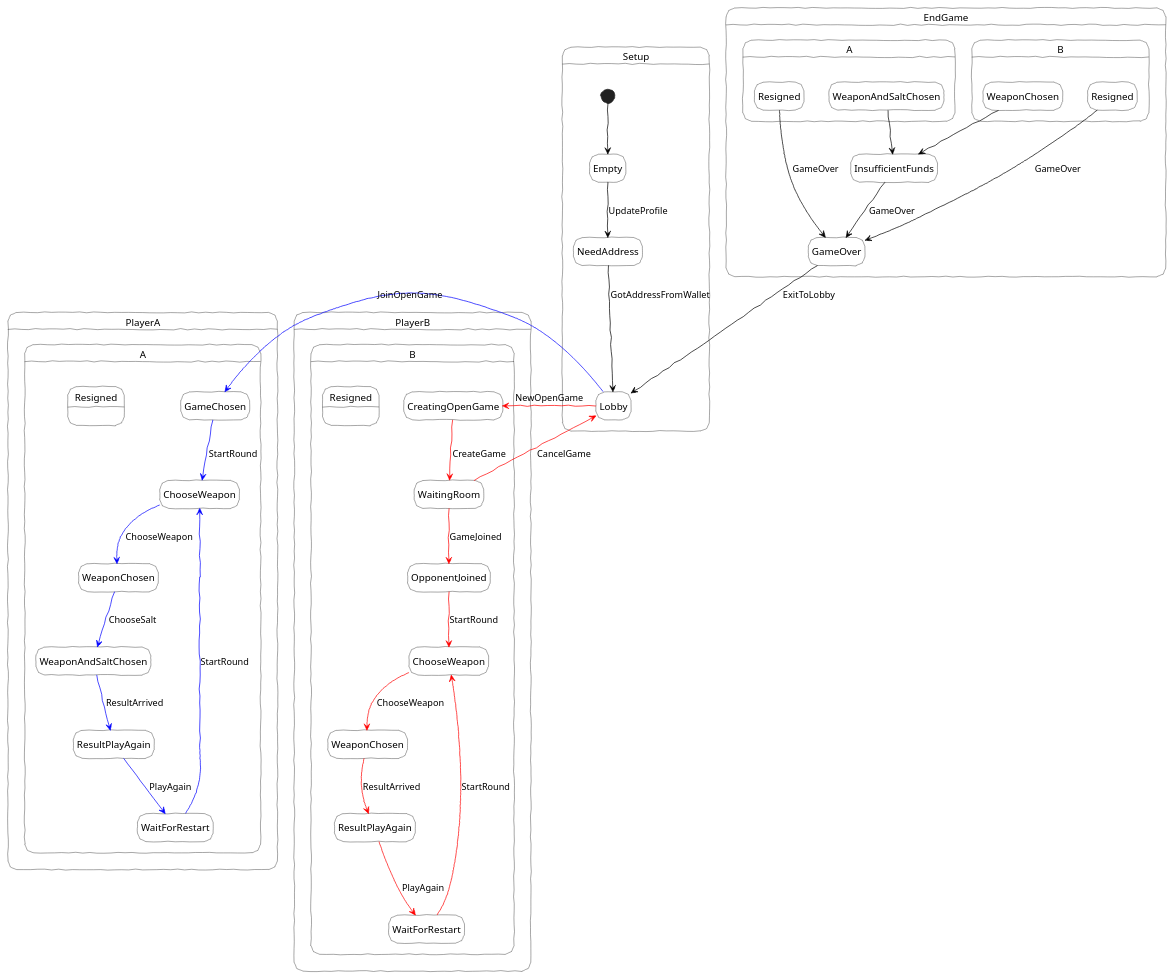
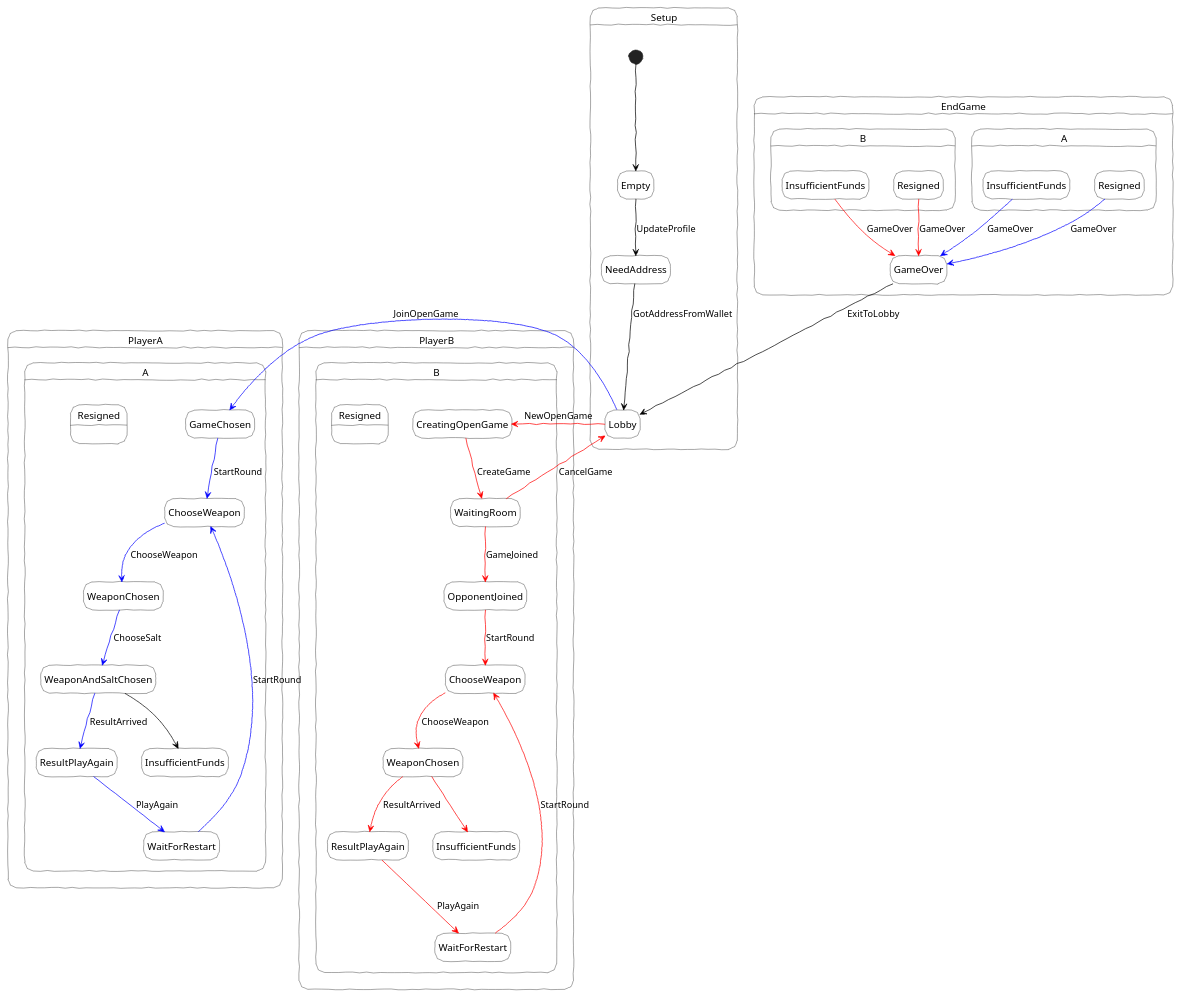
One commit to statechannels/statechannels changed the diagram in packages/rps/notes/rps-plantuml.md. Above: the diagram before and after it, drawn with PlantUML. The commit also changed 9 other files, not shown here.

First line of the commit message:
Insert InsufficientFunds into A and B namespaces

````diff
--- a/packages/rps/notes/rps-plantuml.md
+++ b/packages/rps/notes/rps-plantuml.md
@@ -1,67 +1,70 @@
 ```plantuml
 @startuml
 skinparam state{
   BackgroundColor White
   BackgroundColor<<Warning>> Olive
   BorderColor Black
   FontName Helvetica
 }
 skinparam handwritten true
 hide empty description
 ' Startgame
 state Setup{
     [*] -[#black]-> Empty
     Empty -[#black]-> NeedAddress : UpdateProfile
     NeedAddress -[#black]-> Lobby : GotAddressFromWallet
 }
 
 ' Player A
     state PlayerA {
     Lobby -[#blue]left-> A.GameChosen : JoinOpenGame
     A.GameChosen -[#blue]-> A.ChooseWeapon : StartRound
     A.ChooseWeapon -[#blue]-> A.WeaponChosen : ChooseWeapon
     A.WeaponChosen -[#blue]-> A.WeaponAndSaltChosen : ChooseSalt
     A.WeaponAndSaltChosen -[#blue]-> A.ResultPlayAgain : ResultArrived
     A.ResultPlayAgain -[#blue]-> A.WaitForRestart : PlayAgain
     A.WaitForRestart -[#blue]-> A.ChooseWeapon : StartRound
+    A.WeaponAndSaltChosen -[#black]-> A.InsufficientFunds
     A.Resigned :
+
     }
 
 ' Player B
-' NOTE: ChooseWeaponB is actually just ChooseWeapon. Could refactor code to make it clearer though
     state PlayerB {
     Lobby -[#red]right-> B.CreatingOpenGame : NewOpenGame
     B.CreatingOpenGame -[#red]-> B.WaitingRoom : CreateGame
     B.WaitingRoom -[#red]-> Lobby: CancelGame
     B.WaitingRoom -[#red]-> B.OpponentJoined : GameJoined
     B.OpponentJoined -[#red]->B.ChooseWeapon : StartRound
     B.ChooseWeapon -[#red]-> B.WeaponChosen : ChooseWeapon
     B.WeaponChosen -[#red]-> B.ResultPlayAgain : ResultArrived
     B.ResultPlayAgain -[#red]-> B.WaitForRestart: PlayAgain
     B.WaitForRestart -[#red]-> B.ChooseWeapon : StartRound
+    B.WeaponChosen -[#red]-> B.InsufficientFunds
     B.Resigned :
     }
 
 ' Endgame
 state EndGame {
-    B.WeaponChosen -[#black]-> InsufficientFunds
-    A.WeaponAndSaltChosen -[#black]-> InsufficientFunds
-    InsufficientFunds -[#black]-> GameOver : GameOver
+
+
+    A.InsufficientFunds -[#blue]-> GameOver : GameOver
+    B.InsufficientFunds -[#red]-> GameOver : GameOver
     GameOver -[#black]-> Lobby : ExitToLobby
-    A.Resigned -[#black]-> GameOver : GameOver
-    B.Resigned -[#black]-> GameOver : GameOver
+    A.Resigned -[#blue]-> GameOver : GameOver
+    B.Resigned -[#red]-> GameOver : GameOver
 }
 
 ' Map States to Views
 '    Empty: <Profile />
 '    NeedAddress: <Lobby />
 '    Lobby: <Lobby />
 '    CreatingOpenGame: <Lobby />
 '    WaitingRoom: <WaitingRoom />
 '    GameChosen: <ProposeGame />
 '    OpponentJoined: <OpponentJoined />
 '    ChooseWeapon: <ChooseWeapon />
 
 ' style arrows to differentiate UI action from sage-put action ?
 @enduml
 ```
````
